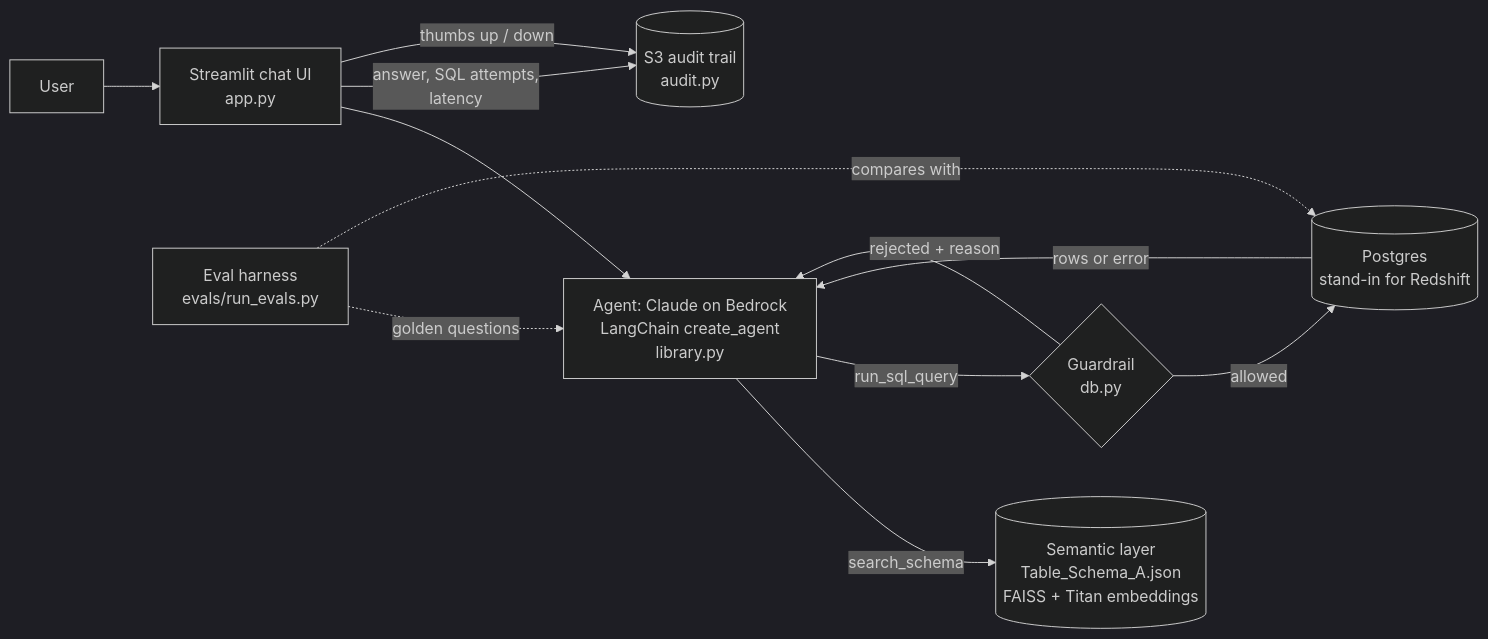
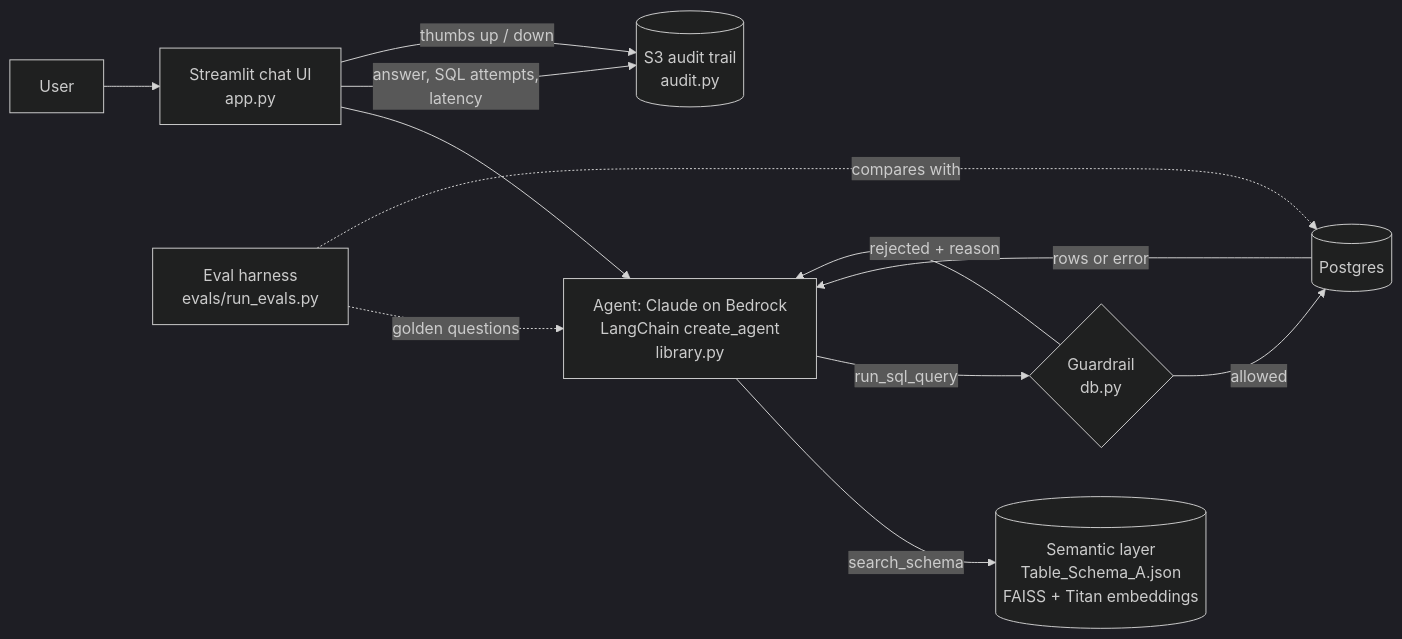
One commit to XiaotongShi-create/ai_query_rag changed the diagram in README.md. Above: the diagram before and after it, drawn with Mermaid (dark theme). The commit also changed other lines of this file and 7 other files, not shown here.

First line of the commit message:
Drop the Redshift-specific lint and parse as Postgres

````diff
--- a/README.md
+++ b/README.md
@@ -14,14 +13,14 @@
 ```mermaid
 flowchart LR
     U[User] --> UI[Streamlit chat UI<br/>app.py]
     UI --> A[Agent: Claude on Bedrock<br/>LangChain create_agent<br/>library.py]
     A -- search_schema --> SL[(Semantic layer<br/>Table_Schema_A.json<br/>FAISS + Titan embeddings)]
     A -- run_sql_query --> G{Guardrail<br/>db.py}
-    G -- allowed --> DB[(Postgres<br/>stand-in for Redshift)]
+    G -- allowed --> DB[(Postgres)]
     G -- rejected + reason --> A
     DB -- rows or error --> A
     UI -- answer, SQL attempts,<br/>latency --> AU[(S3 audit trail<br/>audit.py)]
     UI -- thumbs up / down --> AU
     EV[Eval harness<br/>evals/run_evals.py] -. golden questions .-> A
     EV -. compares with .-> DB
 ```
````
